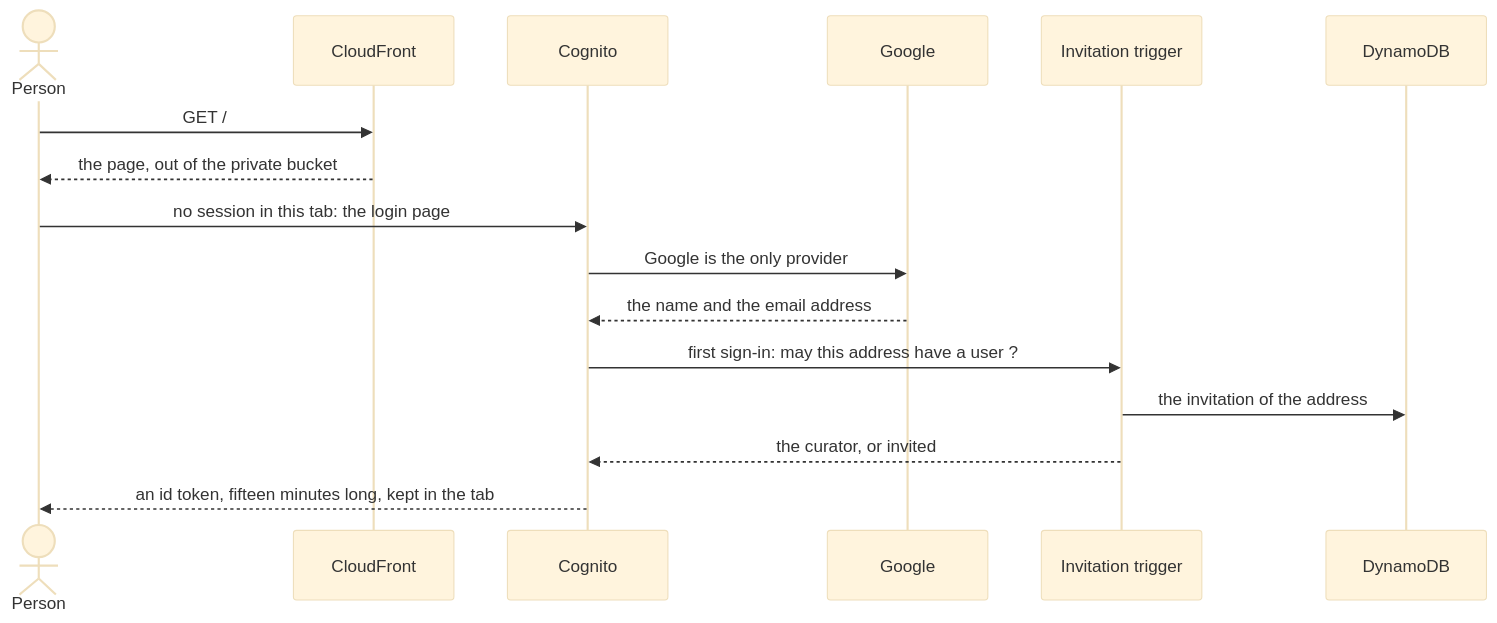
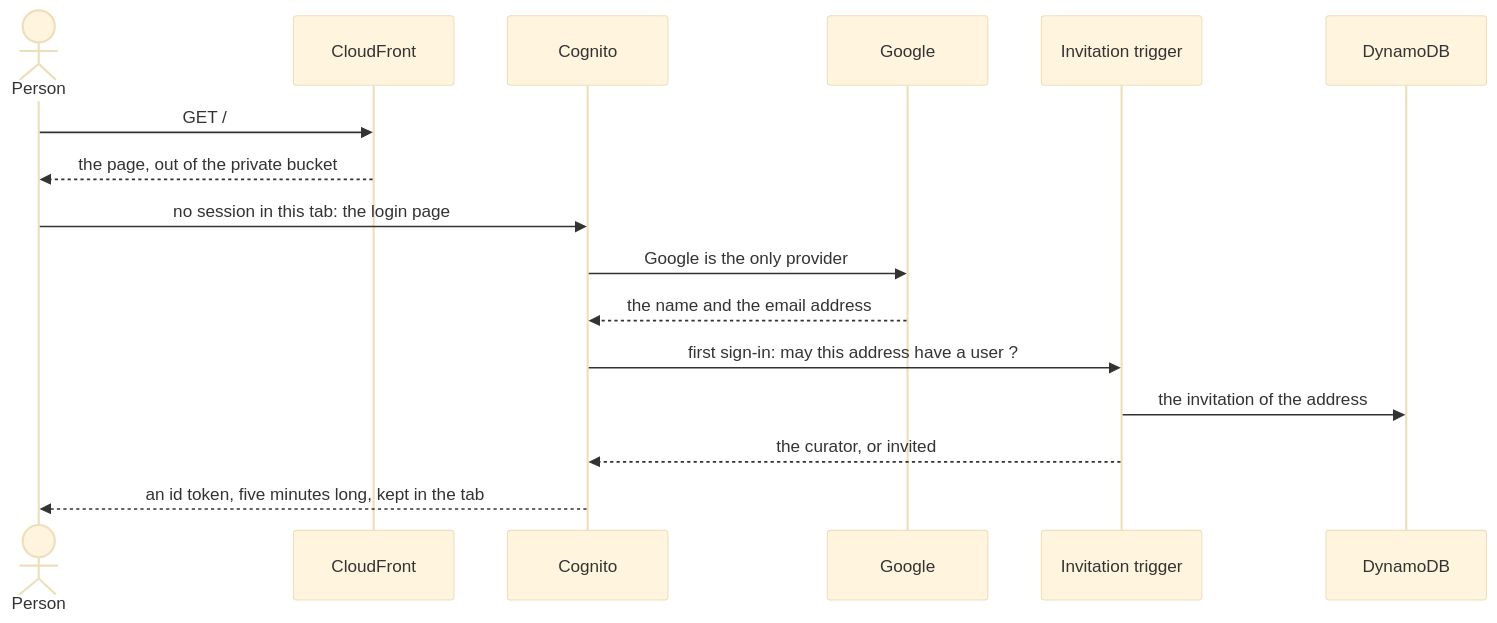
The first of 3 diagrams in README.md (bilardi/bookmarks), drawn with Mermaid (base theme) before and after one commit. The commit also changed other lines of this file and 4 other files, not shown here.

````diff
--- a/README.md
+++ b/README.md
@@ -27,19 +28,19 @@
 ```mermaid
 sequenceDiagram
     actor P as Person
     participant CF as CloudFront
     participant COG as Cognito
     participant G as Google
     participant T as Invitation trigger
     participant DB as DynamoDB
 
     P->>CF: GET /
     CF-->>P: the page, out of the private bucket
     P->>COG: no session in this tab: the login page
     COG->>G: Google is the only provider
     G-->>COG: the name and the email address
     COG->>T: first sign-in: may this address have a user ?
     T->>DB: the invitation of the address
     T-->>COG: the curator, or invited
-    COG-->>P: an id token, fifteen minutes long, kept in the tab
+    COG-->>P: an id token, five minutes long, kept in the tab
 ```
````
